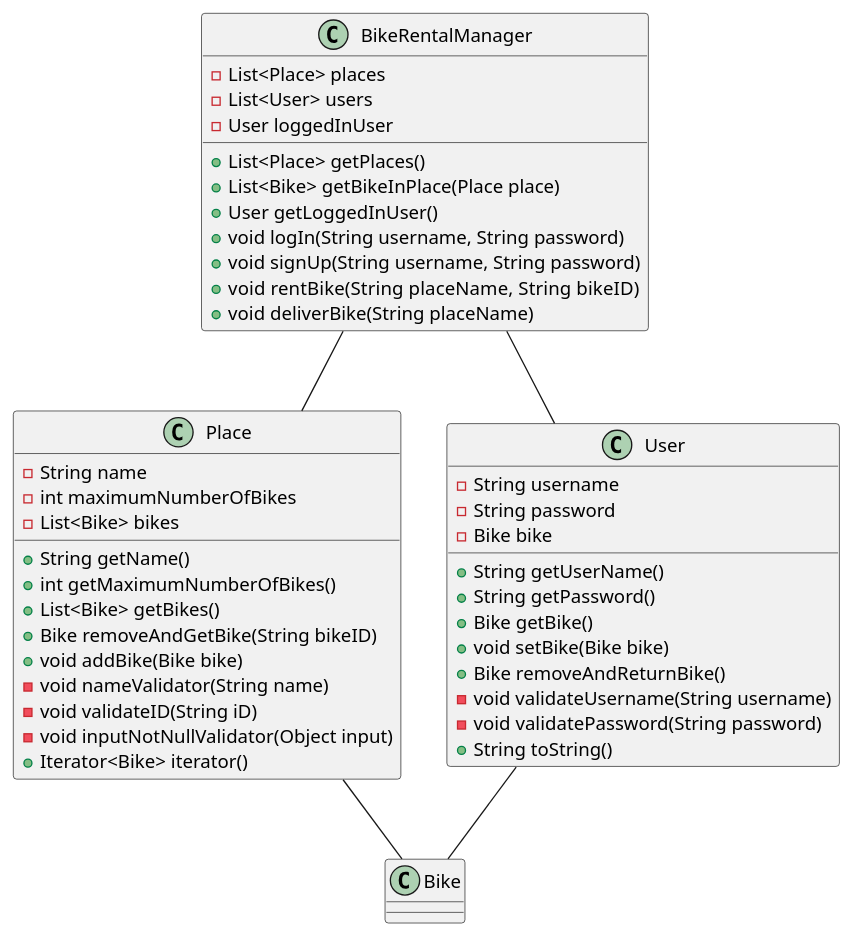
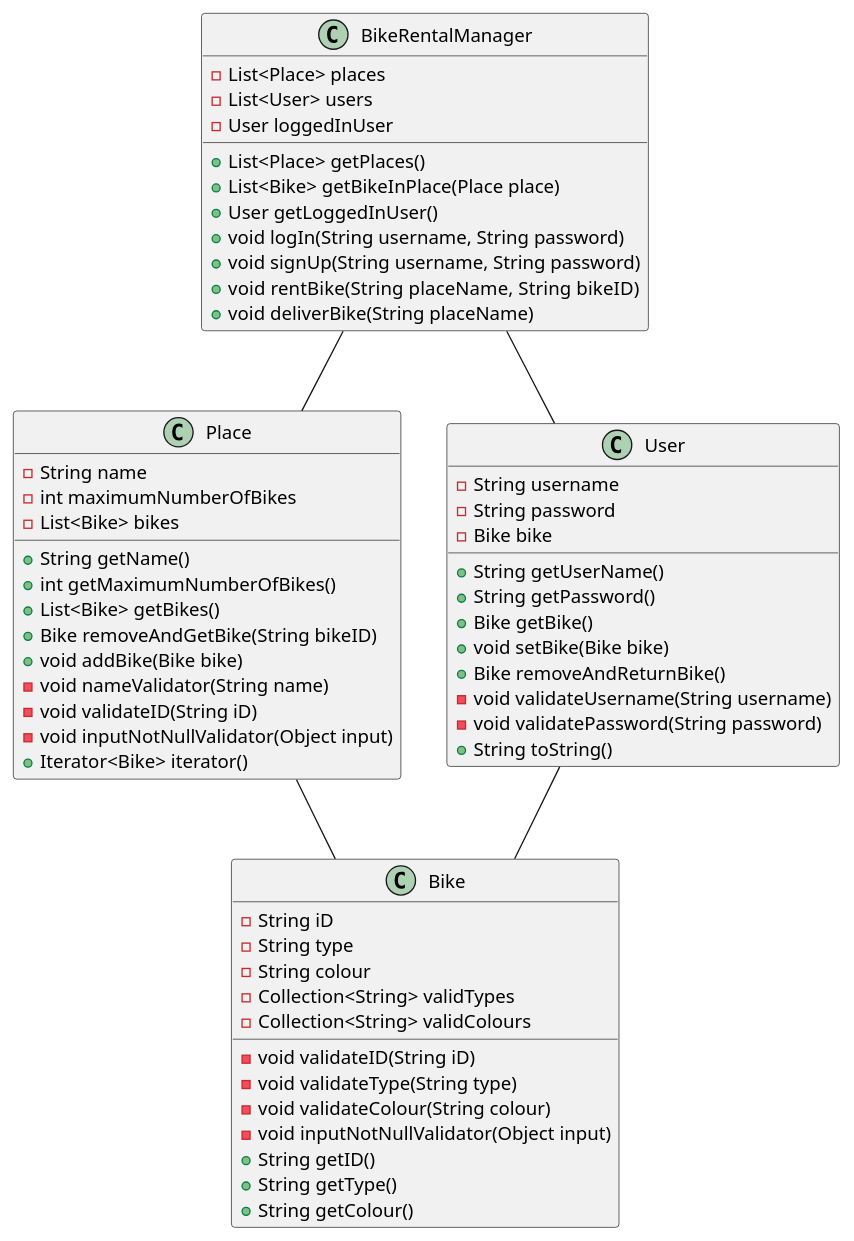
One commit to jonhallem/gr2247 changed the diagram in docs/release1/release1Dokumentasjon.md. Above: the diagram before and after it, drawn with PlantUML.

Commit message:
Oppdatere Bike-klassen i klassediagrammet
Oppdatere Bike-klassen med felt og metoder i klassediagrammet

#12

````diff
--- a/docs/release1/release1Dokumentasjon.md
+++ b/docs/release1/release1Dokumentasjon.md
@@ -2,50 +2,65 @@
 ```plantuml
 @startuml
 BikeRentalManager -- Place
 BikeRentalManager -- User
 Place -- Bike
 User -- Bike
 
 Class BikeRentalManager {
     -List<Place> places
     -List<User> users
     -User loggedInUser
     +List<Place> getPlaces()
     +List<Bike> getBikeInPlace(Place place)
     +User getLoggedInUser()
     +void logIn(String username, String password)
     +void signUp(String username, String password)
     +void rentBike(String placeName, String  bikeID)
     +void deliverBike(String placeName)
 }
 
 Class Place {
     -String name
     -int maximumNumberOfBikes
     -List<Bike> bikes
     +String getName()
     +int getMaximumNumberOfBikes()
     +List<Bike> getBikes()
     +Bike removeAndGetBike(String bikeID)
     +void addBike(Bike bike)
     -void nameValidator(String name)
     -void validateID(String iD)
     -void inputNotNullValidator(Object input)
     +Iterator<Bike> iterator()
 }
 
 Class User {
     -String username
     -String password
     -Bike bike
     +String getUserName()
     +String getPassword()
     +Bike getBike()
     +void setBike(Bike bike)
     +Bike removeAndReturnBike()
     -void validateUsername(String username)
     -void validatePassword(String password)
     +String toString()
 }
+
+Class Bike {
+    -String iD
+    -String type
+    -String colour
+    -Collection<String> validTypes
+    -Collection<String> validColours
+    -void validateID(String iD)
+    -void validateType(String type)
+    -void validateColour(String colour)
+    -void inputNotNullValidator(Object input)
+    +String getID()
+    +String getType()
+    +String getColour()
+}
 @enduml
 ```
````
